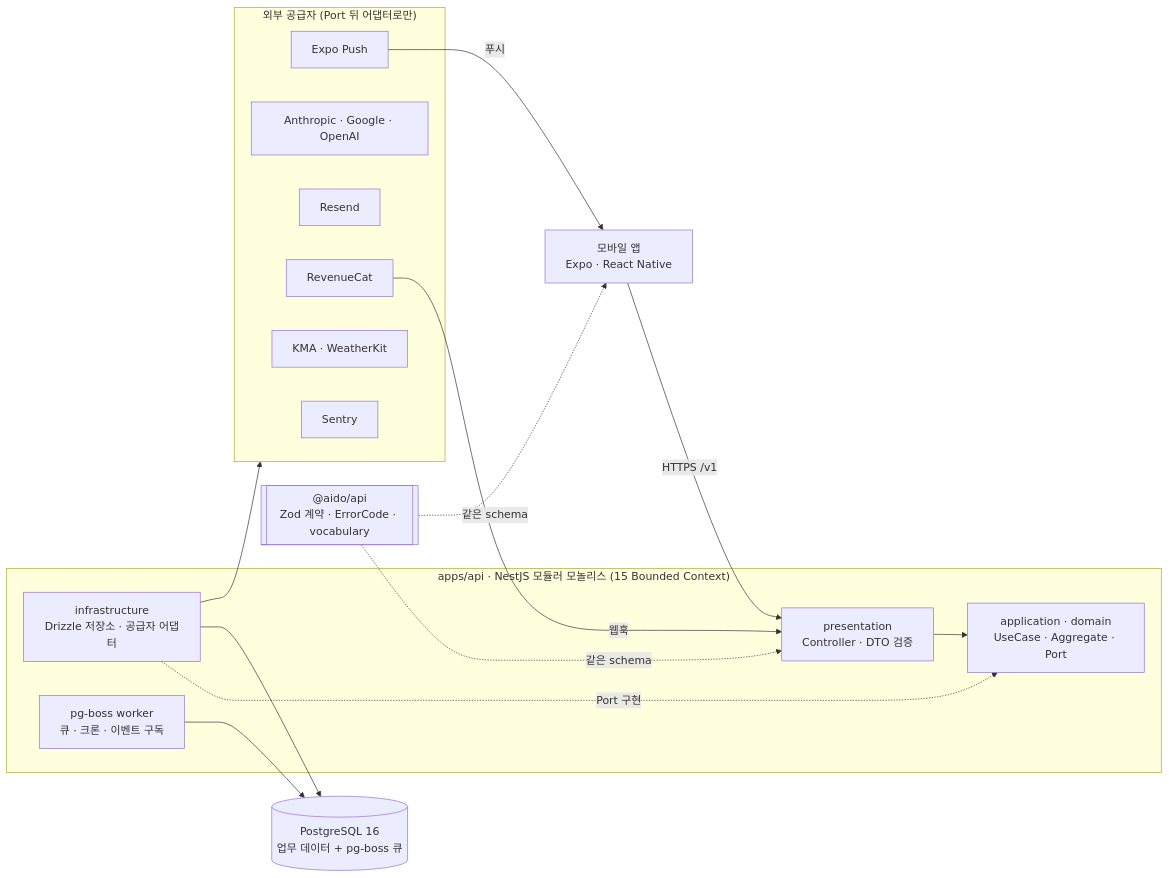
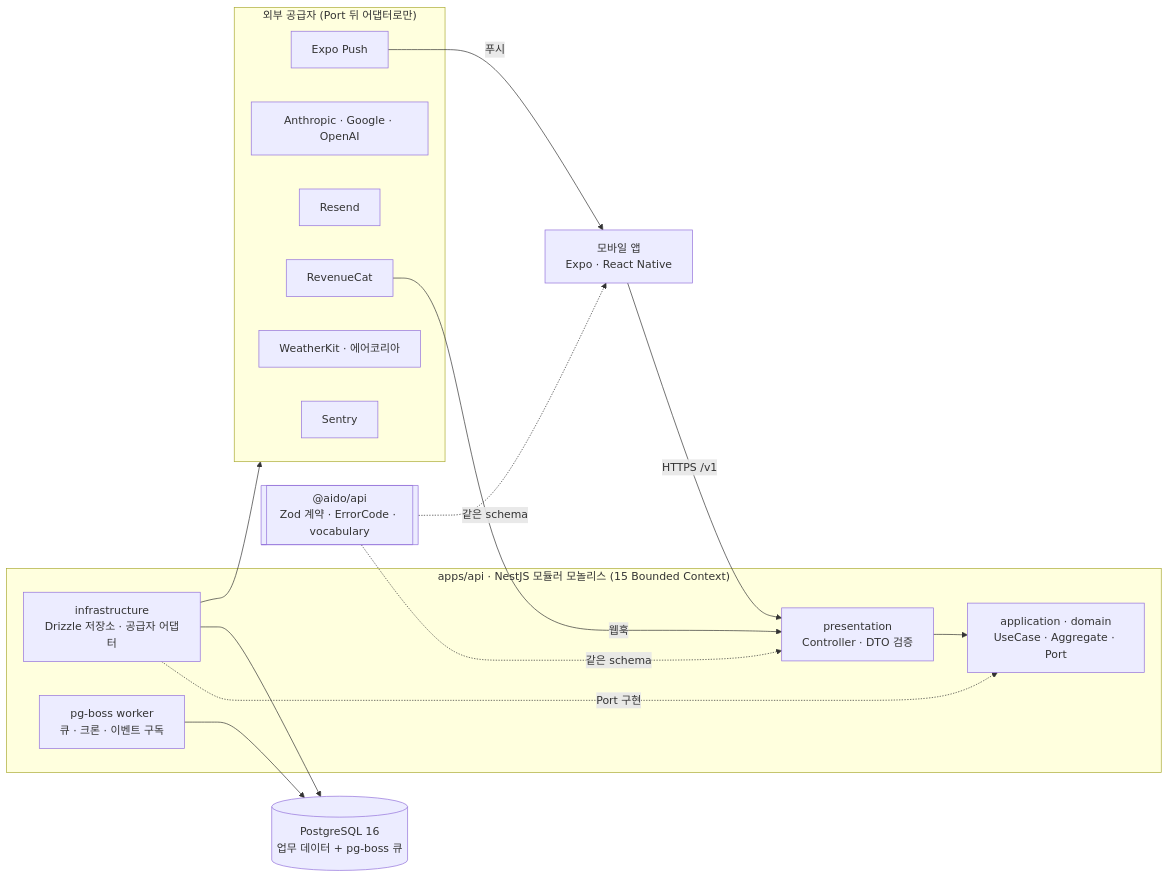
The first of 8 diagrams in README.md (Aiddoo/Aido-platform), drawn with Mermaid before and after one commit. The commit also changed other lines of this file and 27 other files, not shown here.

````diff
--- a/README.md
+++ b/README.md
@@ -60,30 +70,30 @@
 ```mermaid
 flowchart LR
   App["모바일 앱<br/>Expo · React Native"]
   Contract[["@aido/api<br/>Zod 계약 · ErrorCode · vocabulary"]]
   subgraph API["apps/api · NestJS 모듈러 모놀리스 (15 Bounded Context)"]
     HTTP["presentation<br/>Controller · DTO 검증"]
     Core["application · domain<br/>UseCase · Aggregate · Port"]
     Adapters["infrastructure<br/>Drizzle 저장소 · 공급자 어댑터"]
     Worker["pg-boss worker<br/>큐 · 크론 · 이벤트 구독"]
   end
   PG[("PostgreSQL 16<br/>업무 데이터 + pg-boss 큐")]
   subgraph Vendors["외부 공급자 (Port 뒤 어댑터로만)"]
     Push["Expo Push"]
     AI["Anthropic · Google · OpenAI"]
     Mail["Resend"]
     Billing["RevenueCat"]
-    Weather["KMA · WeatherKit"]
+    Weather["WeatherKit · 에어코리아"]
     Sentry["Sentry"]
   end
   App -- "HTTPS /v1" --> HTTP
   Contract -. 같은 schema .-> App
   Contract -. 같은 schema .-> HTTP
   HTTP --> Core
   Adapters -. Port 구현 .-> Core
   Adapters --> PG
   Worker --> PG
   Adapters --> Vendors
   Billing -- 웹훅 --> HTTP
   Push -- 푸시 --> App
 ```
````
